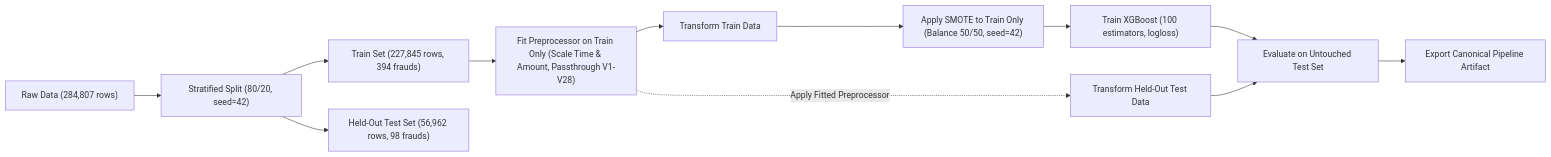
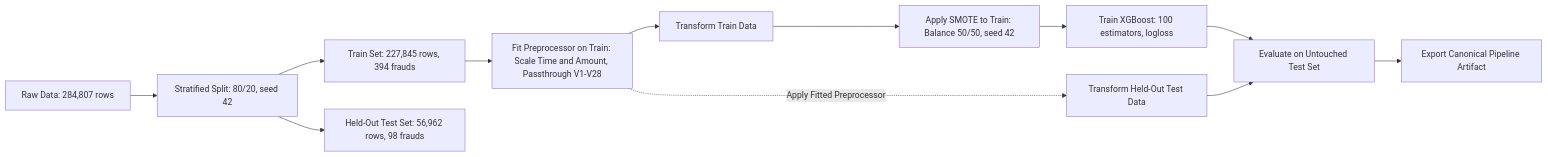
One commit to Nikhil-VS1811/fraud-detection-system changed the second of 2 diagrams in README.md. Above: the diagram before and after it, drawn with Mermaid. The commit also changed other lines of this file, not shown here.

Commit message:
docs: fix Mermaid diagram rendering

````diff
--- a/README.md
+++ b/README.md
@@ -81,16 +81,16 @@
 ```mermaid
 flowchart LR
-    A["Raw Data (284,807 rows)"] --> B["Stratified Split (80/20, seed=42)"]
-    B --> C["Train Set (227,845 rows, 394 frauds)"]
-    B --> D["Held-Out Test Set (56,962 rows, 98 frauds)"]
+    A["Raw Data: 284,807 rows"] --> B["Stratified Split: 80/20, seed 42"]
+    B --> C["Train Set: 227,845 rows, 394 frauds"]
+    B --> D["Held-Out Test Set: 56,962 rows, 98 frauds"]
 
-    C --> E["Fit Preprocessor on Train Only (Scale Time & Amount, Passthrough V1-V28)"]
+    C --> E["Fit Preprocessor on Train: Scale Time and Amount, Passthrough V1-V28"]
     E --> F["Transform Train Data"]
-    F --> G["Apply SMOTE to Train Only (Balance 50/50, seed=42)"]
-    G --> H["Train XGBoost (100 estimators, logloss)"]
+    F --> G["Apply SMOTE to Train: Balance 50/50, seed 42"]
+    G --> H["Train XGBoost: 100 estimators, logloss"]
 
-    E -.->|Apply Fitted Preprocessor| I["Transform Held-Out Test Data"]
+    E -.->|"Apply Fitted Preprocessor"| I["Transform Held-Out Test Data"]
     H --> J["Evaluate on Untouched Test Set"]
     I --> J
     J --> K["Export Canonical Pipeline Artifact"]
 ```
````
